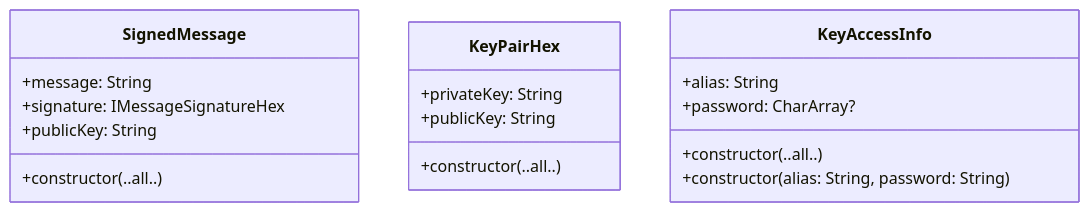
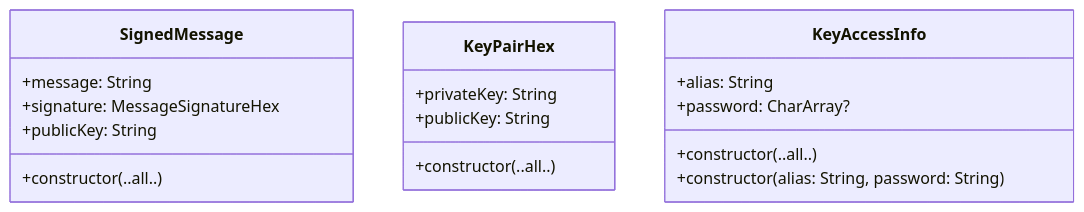
One commit to planet-nine-app/sessionless changed the fourth of 4 diagrams in src/kotlin/README.md. Above: the diagram before and after it, drawn with Mermaid. The commit also changed other lines of this file, not shown here.

Commit message:
update: diagrams

````diff
--- a/src/kotlin/README.md
+++ b/src/kotlin/README.md
@@ -88,22 +90,22 @@
 ```mermaid
 classDiagram
   class SignedMessage {
     +message: String
-    +signature: IMessageSignatureHex
+    +signature: MessageSignatureHex
     +publicKey: String
     +constructor(..all..)
   }
 
   class KeyPairHex {
     +privateKey: String
     +publicKey: String
     +constructor(..all..)
   }
 
   class KeyAccessInfo {
     +alias: String
     +password: CharArray?
     +constructor(..all..)
     +constructor(alias: String, password: String)
   }
 ```
````
